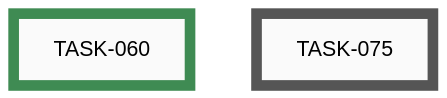
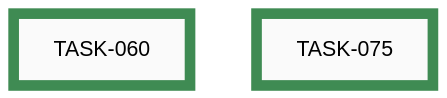
One commit to tgd1975/CircuitSmith changed diagram 11 of 11 in docs/developers/tasks/EPICS.md. Above: the diagram before and after it, drawn with Mermaid. The commit also changed other lines of this file and 32 other files, not shown here.

First line of the commit message:
close EPIC-008: Architecture Fitness Functions and Governance

````diff
--- a/docs/developers/tasks/EPICS.md
+++ b/docs/developers/tasks/EPICS.md
@@ -650,16 +650,16 @@
 ```mermaid
 graph LR
-    TASK_075["TASK-075"]:::open
     TASK_060["TASK-060"]:::closed
+    TASK_075["TASK-075"]:::closed
     TASK_060 ~~~ TASK_075
-    click TASK_075 "open/task-075-fix-idea-skill-template-markdownlint.md"
     click TASK_060 "closed/task-060-autonomous-implementation-mode.md"
+    click TASK_075 "closed/task-075-fix-idea-skill-template-markdownlint.md"
     classDef open    fill:#FAFAFA,stroke:#555,stroke-width:8px,color:#000
     classDef active  fill:#FAFAFA,stroke:#1A6FA8,stroke-width:8px,color:#000
     classDef closed  fill:#FAFAFA,stroke:#3F8B53,stroke-width:8px,color:#000
     classDef paused  fill:#FAFAFA,stroke:#B07810,stroke-width:8px,color:#000
     classDef openExt    fill:#000,stroke:#888,stroke-width:8px,color:#FFF
     classDef activeExt  fill:#000,stroke:#3FA9F5,stroke-width:8px,color:#FFF
     classDef closedExt  fill:#000,stroke:#7CC68A,stroke-width:8px,color:#FFF
     classDef pausedExt  fill:#000,stroke:#F0B030,stroke-width:8px,color:#FFF
 ```
````
